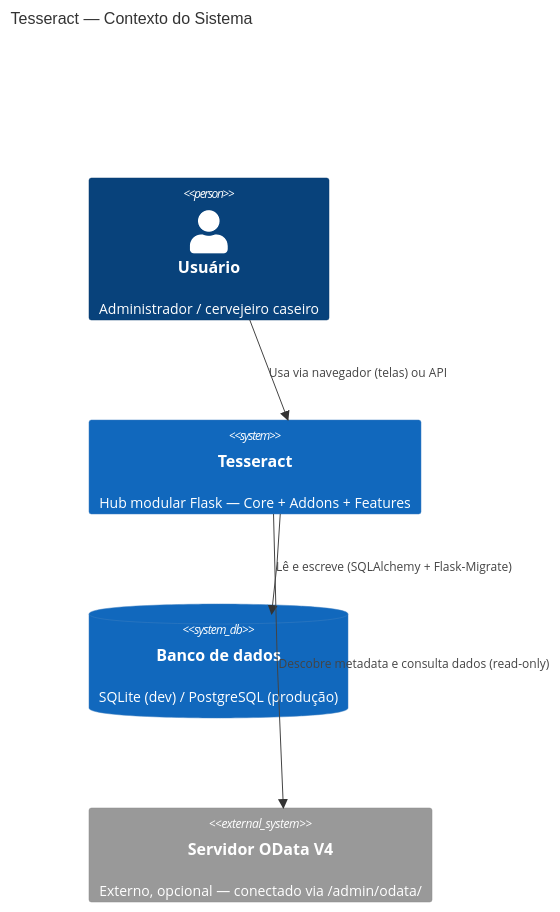
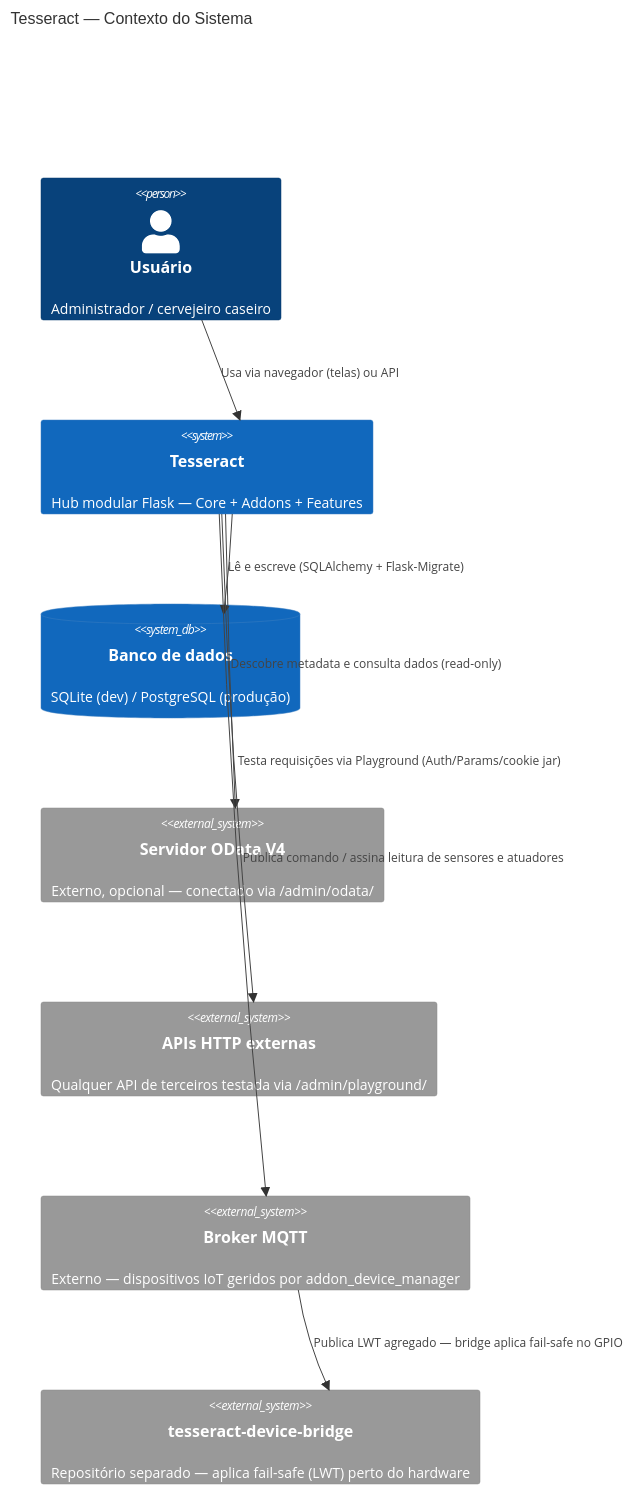
Before and after one commit to ChristopherNicolasSMM/Tesseract: the first of 3 diagrams in docs/technical/02-diagrama-c4.md, drawn with Mermaid. The commit also changed other lines of this file and 34 other files, not shown here.

````diff
--- a/docs/technical/02-diagrama-c4.md
+++ b/docs/technical/02-diagrama-c4.md
@@ -5,13 +5,19 @@
 ```mermaid
 C4Context
     title Tesseract — Contexto do Sistema
 
     Person(user, "Usuário", "Administrador / cervejeiro caseiro")
     System(tesseract, "Tesseract", "Hub modular Flask — Core + Addons + Features")
     SystemDb(db, "Banco de dados", "SQLite (dev) / PostgreSQL (produção)")
     System_Ext(odata, "Servidor OData V4", "Externo, opcional — conectado via /admin/odata/")
+    System_Ext(httpext, "APIs HTTP externas", "Qualquer API de terceiros testada via /admin/playground/")
+    System_Ext(mqtt, "Broker MQTT", "Externo — dispositivos IoT geridos por addon_device_manager")
+    System_Ext(bridge, "tesseract-device-bridge", "Repositório separado — aplica fail-safe (LWT) perto do hardware")
 
     Rel(user, tesseract, "Usa via navegador (telas) ou API")
     Rel(tesseract, db, "Lê e escreve (SQLAlchemy + Flask-Migrate)")
     Rel(tesseract, odata, "Descobre metadata e consulta dados (read-only)")
+    Rel(tesseract, httpext, "Testa requisições via Playground (Auth/Params/cookie jar)")
+    Rel(tesseract, mqtt, "Publica comando / assina leitura de sensores e atuadores")
+    Rel(mqtt, bridge, "Publica LWT agregado — bridge aplica fail-safe no GPIO")
 ```
````
